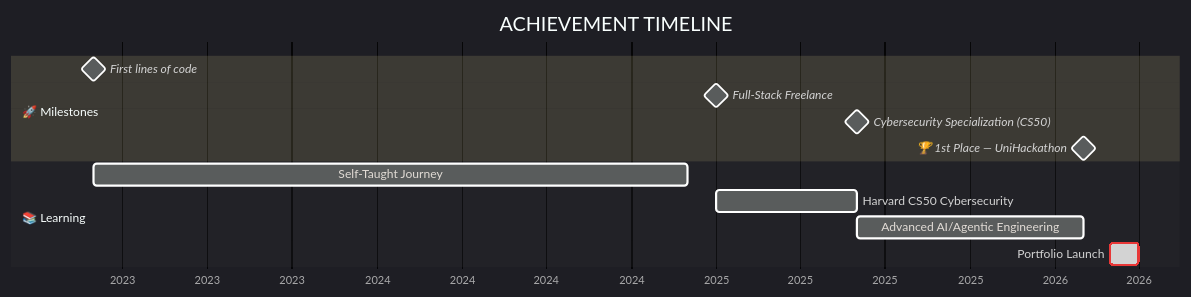
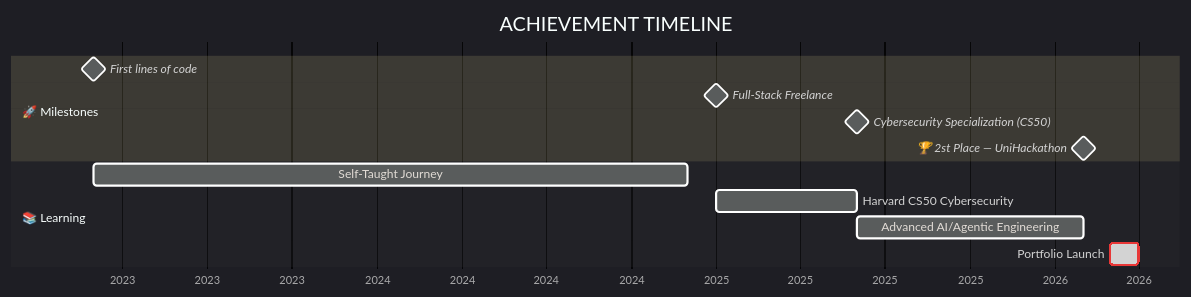
One commit to Amertos/Portfolio changed the first of 3 diagrams in README.md. Above: the diagram before and after it, drawn with Mermaid. The commit also changed other lines of this file, not shown here.

First line of the commit message:
Correct UniHackathon placement in README

````diff
--- a/README.md
+++ b/README.md
@@ -185,19 +185,19 @@
 ```mermaid
 %%{init: {'theme':'dark', 'themeVariables': { 'primaryColor': '#1e1b4b', 'edgeLabelBackground':'#0a0a0a', 'tertiaryColor': '#2e1065', 'clusterBkg': '#0a0a0a'}}}%%
 gantt
     title ACHIEVEMENT TIMELINE
     dateFormat  YYYY-MM
     axisFormat  %Y
     
     section 🚀 Milestones
     First lines of code                      :milestone, 2023-03, 0d
     Full-Stack Freelance                     :milestone, 2025-01, 0d
     Cybersecurity Specialization (CS50)      :milestone, 2025-06, 0d
-    🏆 1st Place — UniHackathon             :milestone, 2026-02, 0d
+    🏆 2st Place — UniHackathon             :milestone, 2026-02, 0d
     
     section 📚 Learning
     Self-Taught Journey                      :learn1, 2023-03, 2024-12
     Harvard CS50 Cybersecurity               :learn2, 2025-01, 2025-06
     Advanced AI/Agentic Engineering          :learn3, 2025-06, 2026-02
     Portfolio Launch                         :crit, done, 2026-03, 2026-04
 ```
````
